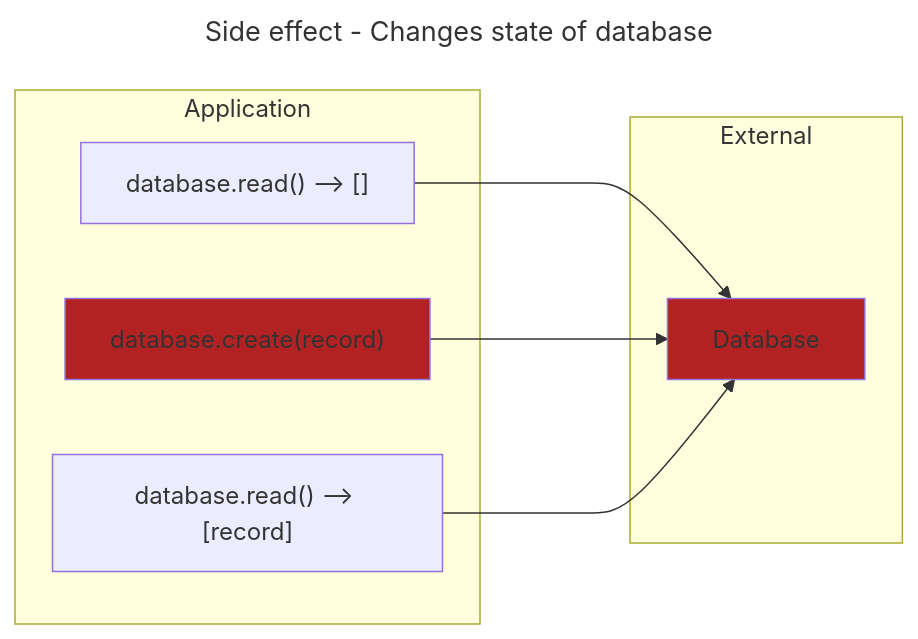
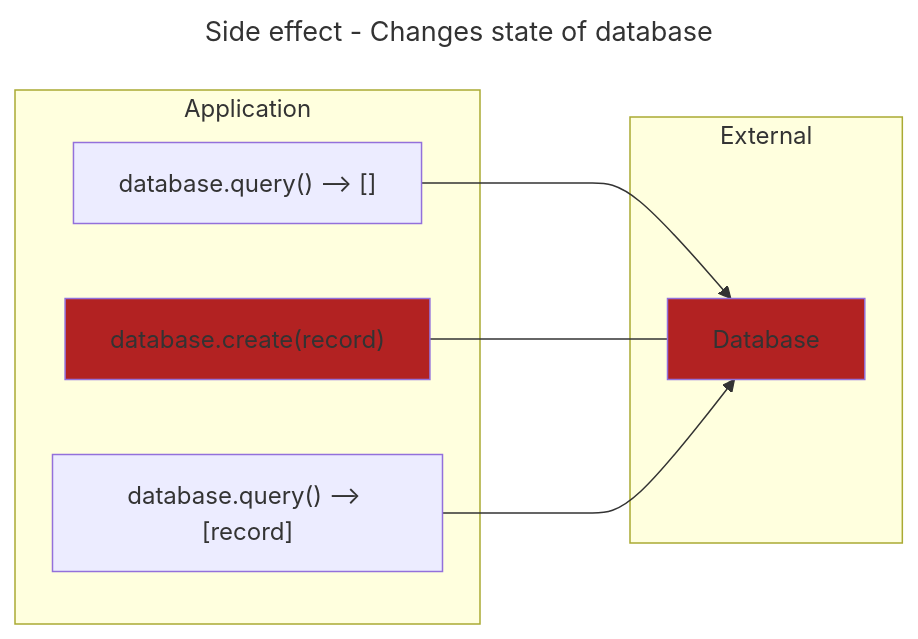
One commit to grierson/grierson changed the fifth of 10 diagrams in structure.md. Above: the diagram before and after it, drawn with Mermaid. The commit also changed other lines of this file, not shown here.

````diff
--- a/structure.md
+++ b/structure.md
@@ -92,17 +91,17 @@
 ```mermaid
 ---
 title: Side effect - Changes state of database
 ---
 flowchart LR
   subgraph External
     Database
   end
   style Database fill:FireBrick
   subgraph Application
     style Create fill:FireBrick
-    Read1["database.read() --> []"] ---> Database
-    Create["database.create(record)"] ---> Database
-    Read2["database.read() --> [record]"] ---> Database
+    Read1["database.query() --> []"] ---> Database
+    Create["database.create(record)"] --- Database
+    Read2["database.query() --> [record]"] ---> Database
   end
   
 ```
````
